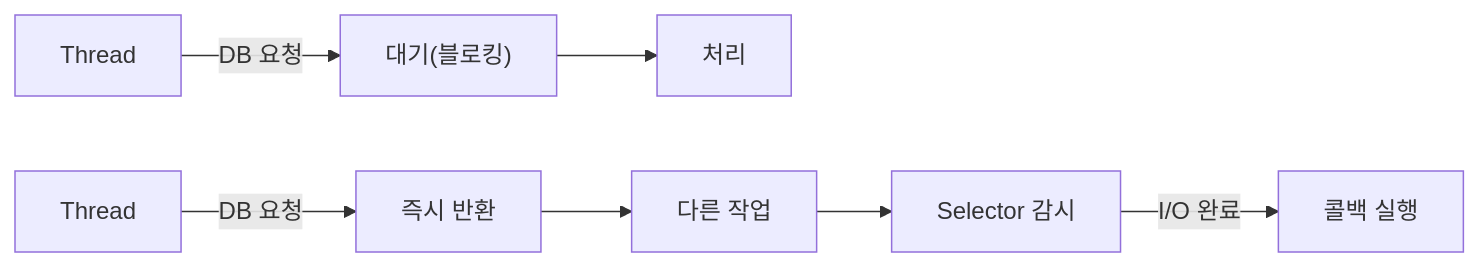
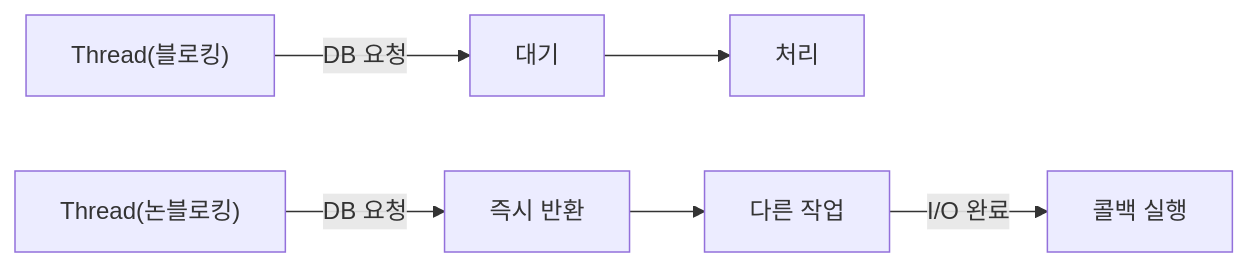
One commit to yjkim2015/yjkim2015.github.io changed the sixth of 9 diagrams in _posts/spring/2026-05-01-spring-webflux.md. Above: the diagram before and after it, drawn with Mermaid. The commit also changed other lines of this file and 163 other files, not shown here.

First line of the commit message:
Mermaid 300개 블록 내용 축소: 5노드 5엣지 이하, 의미 있는 약어

````diff
--- a/_posts/spring/2026-05-01-spring-webflux.md
+++ b/_posts/spring/2026-05-01-spring-webflux.md
@@ -388,9 +388,8 @@
 ```mermaid
 graph LR
-    T1[Thread] -->|DB 요청| W1["대기(블로킹)"]
-    W1 --> P1[처리]
-    T2[Thread] -->|DB 요청| IR[즉시 반환]
-    IR --> OW[다른 작업]
-    OW --> SEL["Selector 감시"]
-    SEL -->|I/O 완료| CB[콜백 실행]
+    T1["Thread(블로킹)"] -->|DB 요청| W1["대기"]
+    W1 --> P1["처리"]
+    T2["Thread(논블로킹)"] -->|DB 요청| IR["즉시 반환"]
+    IR --> OW["다른 작업"]
+    OW -->|I/O 완료| CB["콜백 실행"]
 ```
````
